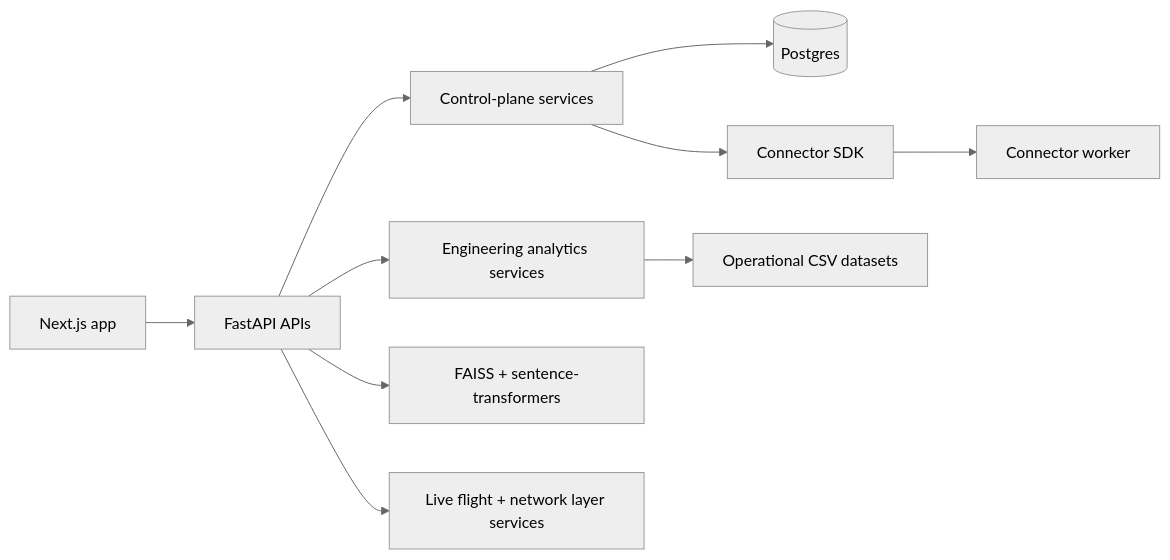
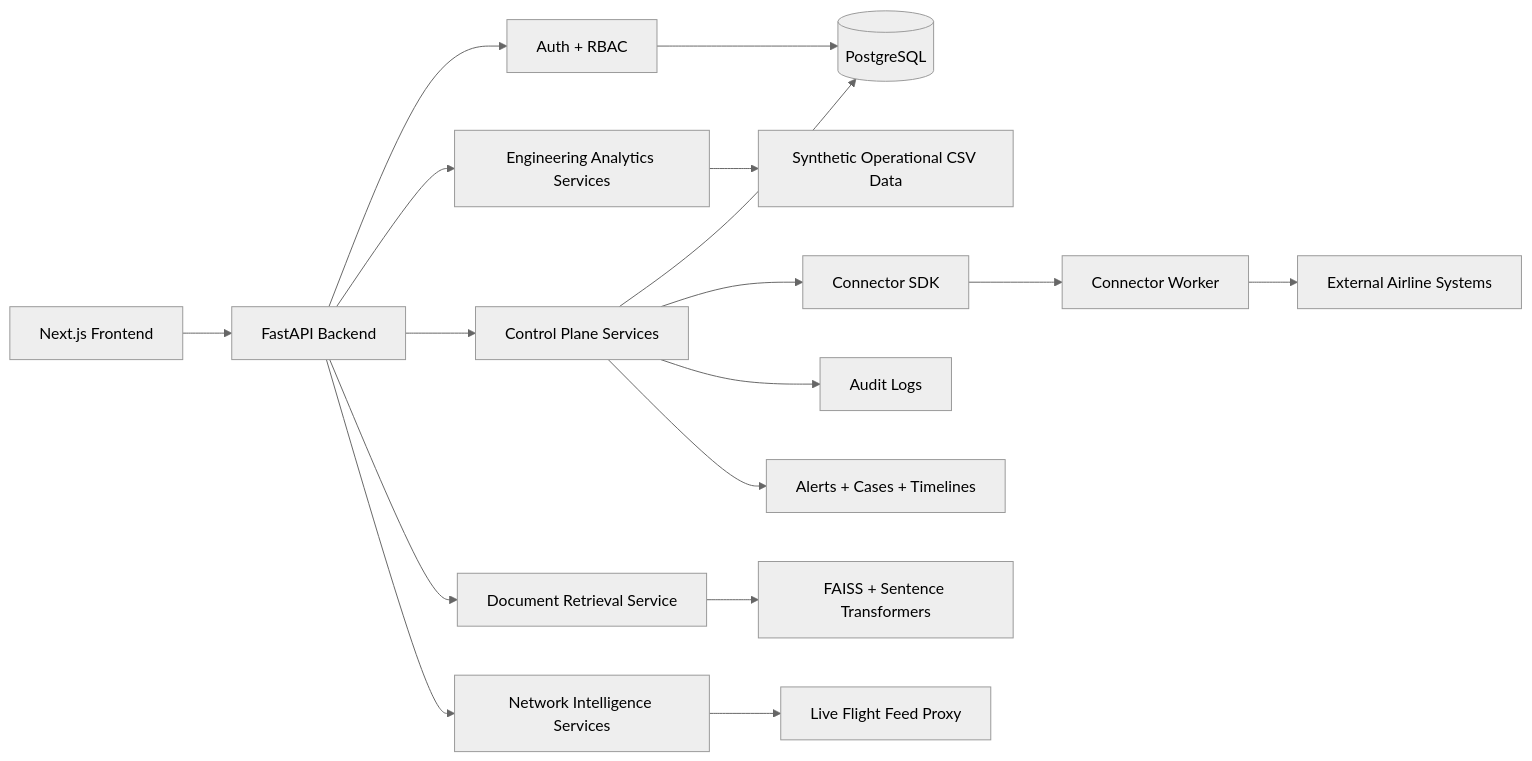
One commit to ShivanshSGuppta/Aog-Sentinel changed the diagram in README.md. Above: the diagram before and after it, drawn with Mermaid (neutral theme). The commit also changed other lines of this file, not shown here.

````diff
--- a/README.md
+++ b/README.md
@@ -69,12 +276,23 @@
 ```mermaid
 flowchart LR
-    FE["Next.js app"] --> API["FastAPI APIs"]
-    API --> OPS["Engineering analytics services"]
-    API --> CTRL["Control-plane services"]
-    CTRL --> DB[("Postgres")]
+    FE["Next.js Frontend"] --> API["FastAPI Backend"]
+
+    API --> AUTH["Auth + RBAC"]
+    API --> OPS["Engineering Analytics Services"]
+    API --> CTRL["Control Plane Services"]
+    API --> DOCS["Document Retrieval Service"]
+    API --> NET["Network Intelligence Services"]
+
+    AUTH --> DB[("PostgreSQL")]
+    CTRL --> DB
+    OPS --> CSV["Synthetic Operational CSV Data"]
+    DOCS --> FAISS["FAISS + Sentence Transformers"]
+    NET --> FLIGHTS["Live Flight Feed Proxy"]
+
     CTRL --> SDK["Connector SDK"]
-    SDK --> WORKER["Connector worker"]
-    OPS --> CSV["Operational CSV datasets"]
-    API --> DOCS["FAISS + sentence-transformers"]
-    API --> FLIGHTS["Live flight + network layer services"]
+    SDK --> WORKER["Connector Worker"]
+    WORKER --> EXT["External Airline Systems"]
+
+    CTRL --> AUDIT["Audit Logs"]
+    CTRL --> CASES["Alerts + Cases + Timelines"]
 ```
````
